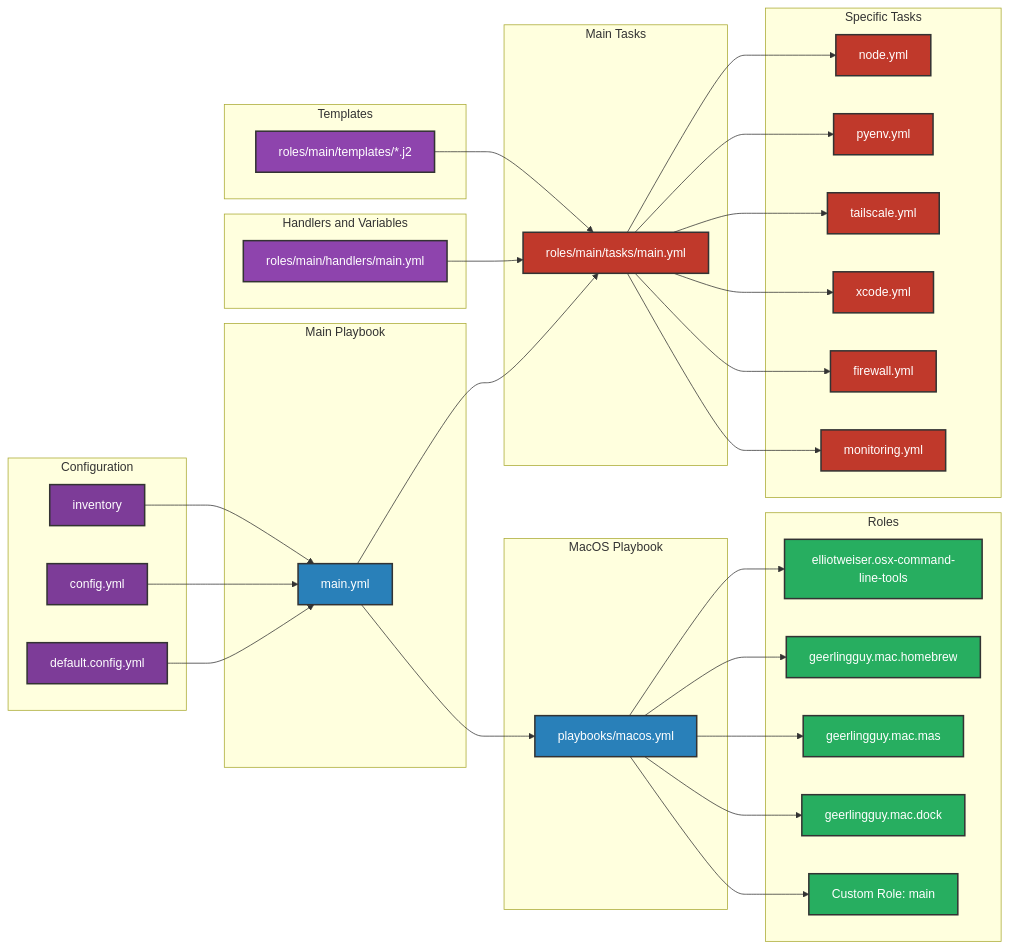
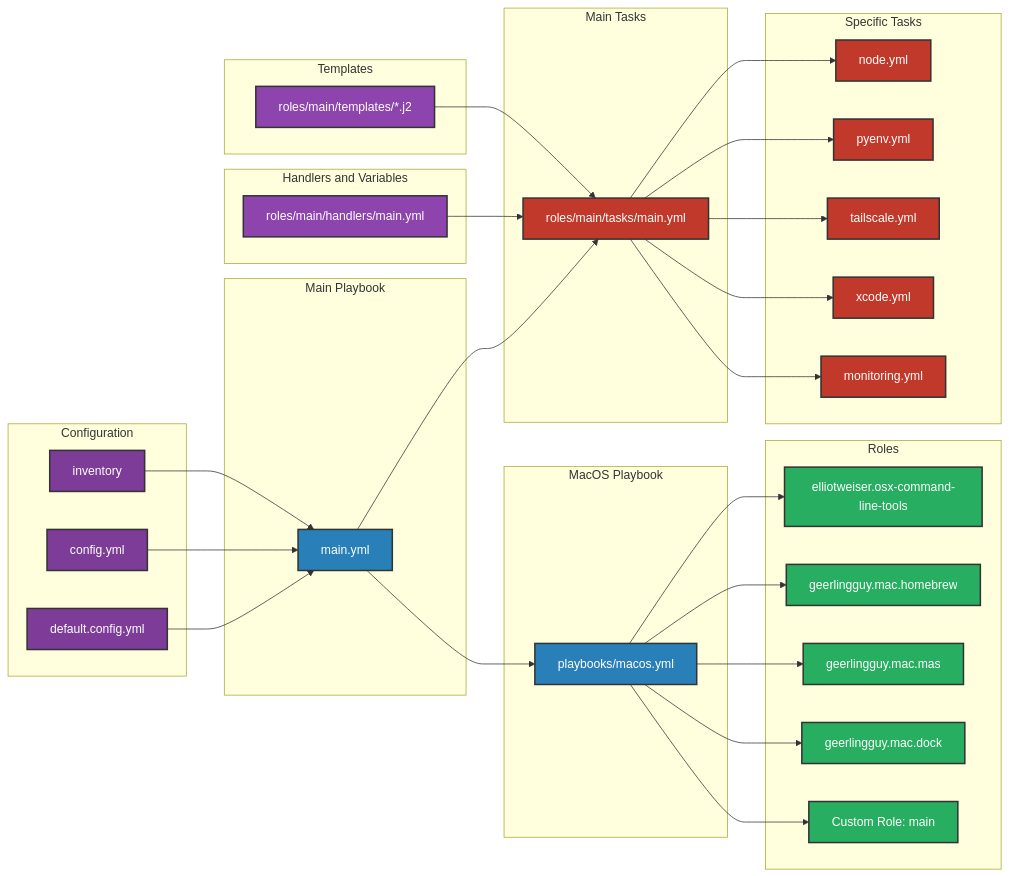
One commit to orangeadmtl/oaAnsible changed the diagram in docs/WORKFLOW.md. Above: the diagram before and after it, drawn with Mermaid. The commit also changed 8 other files, not shown here.

````diff
--- a/docs/WORKFLOW.md
+++ b/docs/WORKFLOW.md
@@ -3,74 +3,72 @@
 ```mermaid
 graph LR
     classDef configFile fill:#7D3C98,color:#fff,stroke:#333,stroke-width:2px;
     classDef playbook fill:#2980B9,color:#fff,stroke:#333,stroke-width:2px;
     classDef role fill:#27AE60,color:#fff,stroke:#333,stroke-width:2px;
     classDef task fill:#C0392B,color:#fff,stroke:#333,stroke-width:2px;
     classDef handlers fill:#8E44AD,color:#fff,stroke:#333,stroke-width:2px;
 
     subgraph Configuration
         O[default.config.yml]:::configFile
         P[config.yml]:::configFile
         Q[inventory]:::configFile
     end
 
     subgraph Main Playbook
         A[main.yml]:::playbook
     end
 
     subgraph MacOS Playbook
         B[playbooks/macos.yml]:::playbook
     end
 
     subgraph Roles
         D[elliotweiser.osx-command-line-tools]:::role
         E[geerlingguy.mac.homebrew]:::role
         F[geerlingguy.mac.mas]:::role
         G[geerlingguy.mac.dock]:::role
         Z[Custom Role: main]:::role
     end
 
     subgraph Main Tasks
         C[roles/main/tasks/main.yml]:::task
     end
 
     subgraph Specific Tasks
         H[node.yml]:::task
         I[pyenv.yml]:::task
         J[tailscale.yml]:::task
         K[xcode.yml]:::task
-        L[firewall.yml]:::task
         M[monitoring.yml]:::task
     end
 
     subgraph Handlers and Variables
         R[roles/main/handlers/main.yml]:::handlers
     end
 
     subgraph Templates
         T[roles/main/templates/*.j2]:::handlers
     end
 
     O --> A
     P --> A
     Q --> A
 
     A --> B
     A --> C
 
     B --> D
     B --> E
     B --> F
     B --> G
     B --> Z
 
     C --> H
     C --> I
     C --> J
     C --> K
-    C --> L
     C --> M
 
     R --> C
     T --> C
 ```
````
